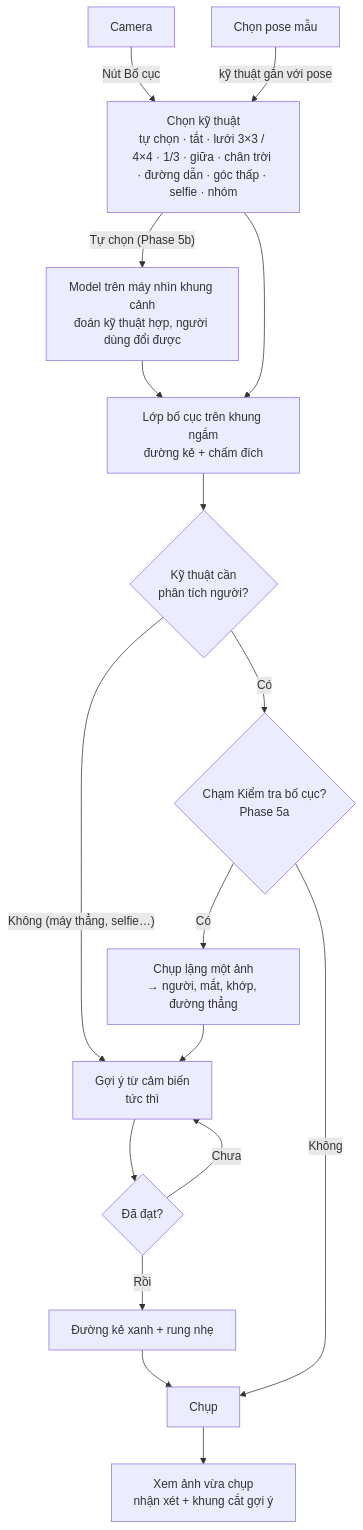
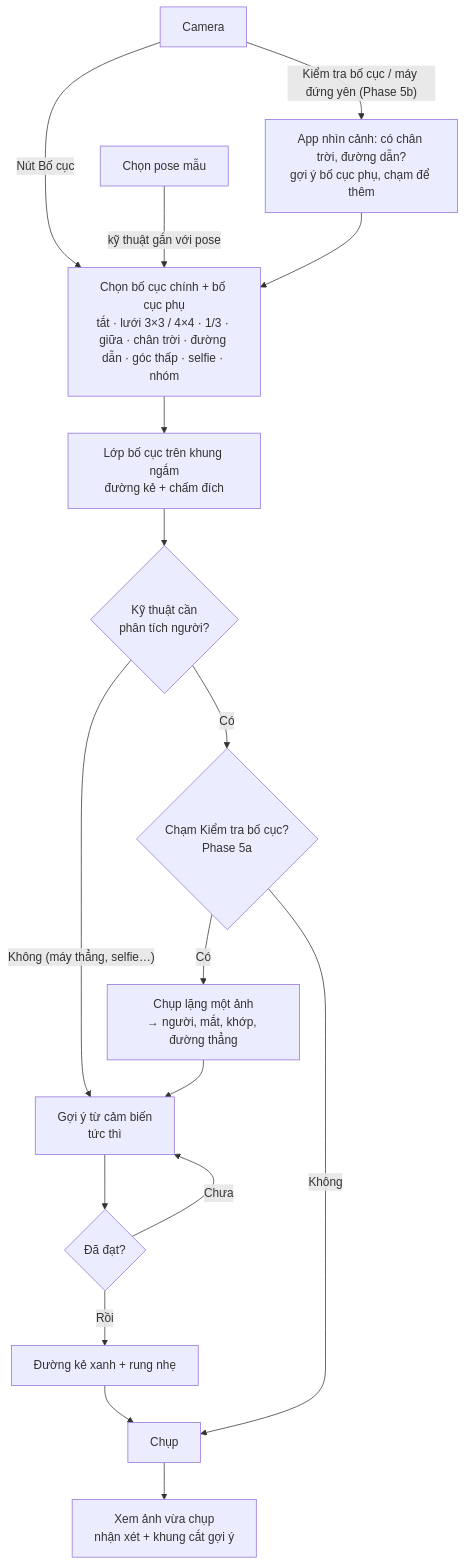
One commit to tktnq2004/TakeASnap changed the fourth of 7 diagrams in docs/business-flow.md. Above: the diagram before and after it, drawn with Mermaid. The commit also changed other lines of this file and 2 other files, not shown here.

````diff
--- a/docs/business-flow.md
+++ b/docs/business-flow.md
@@ -258,19 +258,19 @@
 ```mermaid
 flowchart TD
-    CAM[Camera] -- "Nút Bố cục" --> PICK[Chọn kỹ thuật<br/>tự chọn · tắt · lưới 3×3 / 4×4 · 1/3 · giữa · chân trời · đường dẫn · góc thấp · selfie · nhóm]
-    PICK -- "Tự chọn (Phase 5b)" --> AUTO[Model trên máy nhìn khung cảnh<br/>đoán kỹ thuật hợp, người dùng đổi được]
-    AUTO --> GUIDE
+    CAM[Camera] -- "Nút Bố cục" --> PICK[Chọn bố cục chính + bố cục phụ<br/>tắt · lưới 3×3 / 4×4 · 1/3 · giữa · chân trời · đường dẫn · góc thấp · selfie · nhóm]
+    CAM -- "Kiểm tra bố cục / máy đứng yên (Phase 5b)" --> AUTO[App nhìn cảnh: có chân trời, đường dẫn?<br/>gợi ý bố cục phụ, chạm để thêm]
+    AUTO --> PICK
     POSE[Chọn pose mẫu] -- "kỹ thuật gắn với pose" --> PICK
     PICK --> GUIDE[Lớp bố cục trên khung ngắm<br/>đường kẻ + chấm đích]
     GUIDE --> SENSE{Kỹ thuật cần<br/>phân tích người?}
     SENSE -- "Không (máy thẳng, selfie…)" --> HINT[Gợi ý từ cảm biến<br/>tức thì]
     SENSE -- "Có" --> CHECK{Chạm Kiểm tra bố cục?<br/>Phase 5a}
     CHECK -- "Có" --> ANALYZE[Chụp lặng một ảnh<br/>→ người, mắt, khớp, đường thẳng]
     ANALYZE --> HINT
     CHECK -- "Không" --> SHOOT
     HINT --> OK{Đã đạt?}
     OK -- "Chưa" --> HINT
     OK -- "Rồi" --> GREEN[Đường kẻ xanh + rung nhẹ]
     GREEN --> SHOOT[Chụp]
     SHOOT --> REVIEW[Xem ảnh vừa chụp<br/>nhận xét + khung cắt gợi ý]
 ```
````
